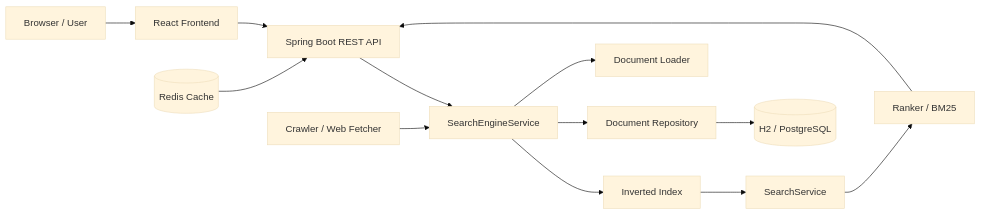
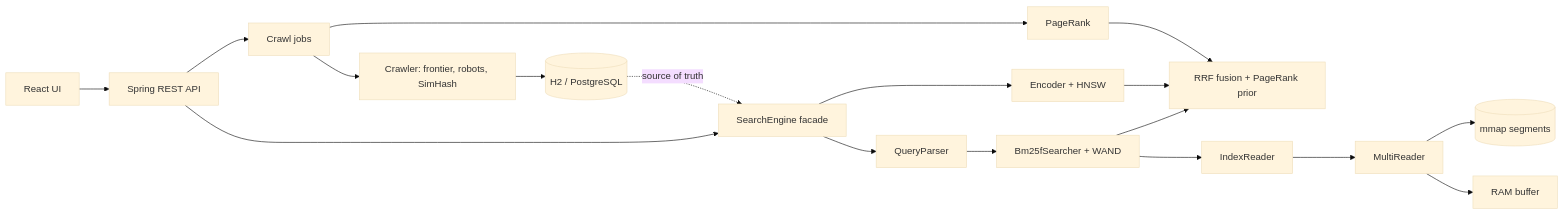
Before and after one commit to Max0786234/Lookit: the diagram in README.md, drawn with Mermaid (base theme). The commit also changed other lines of this file and 8 other files, not shown here.

````diff
--- a/README.md
+++ b/README.md
@@ -25,15 +43,15 @@
 ```mermaid
 flowchart LR
-    A[Browser / User] --> B[React Frontend]
-    B --> C[Spring Boot REST API]
-    C --> D[SearchEngineService]
-    D --> E[Inverted Index]
-    D --> F[Document Repository]
-    D --> G[Document Loader]
-    H[Crawler / Web Fetcher] --> D
-    E --> I[SearchService]
-    I --> J[Ranker / BM25]
-    J --> C
-    F --> K[(H2 / PostgreSQL)]
-    L[(Redis Cache)] --> C
+    UI[React UI] --> API[Spring REST API]
+    API --> SE[SearchEngine facade]
+    SE --> QP[QueryParser] --> S[Bm25fSearcher + WAND]
+    SE --> D[Encoder + HNSW]
+    S & D --> F[RRF fusion + PageRank prior]
+    S --> IR[IndexReader]
+    IR --> MR[MultiReader]
+    MR --> SEG[(mmap segments)]
+    MR --> BUF[RAM buffer]
+    API --> CJ[Crawl jobs] --> CR[Crawler: frontier, robots, SimHash] --> DB[(H2 / PostgreSQL)]
+    CJ --> PR[PageRank] --> F
+    DB -. source of truth .-> SE
 ```
````
